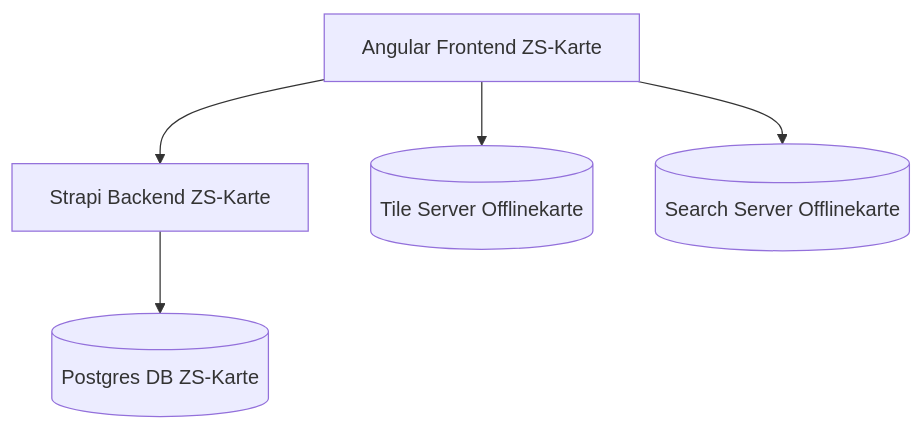
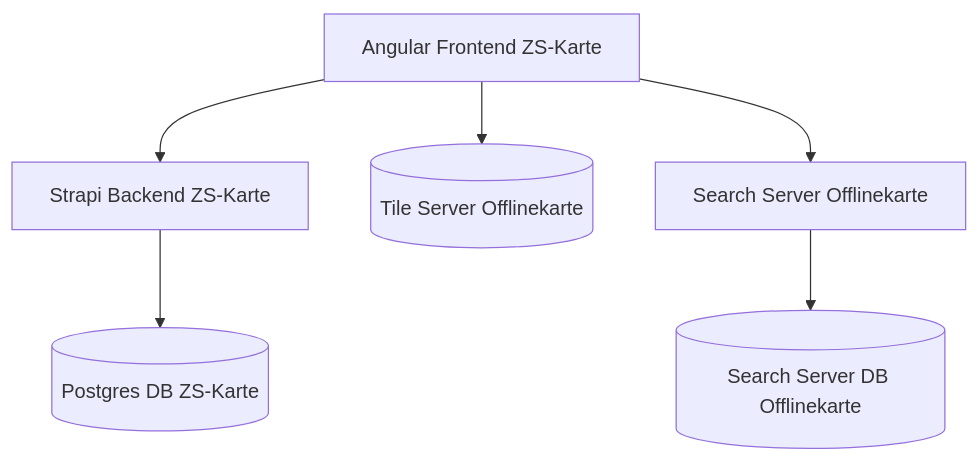
Before and after one commit to zso-freiamt-it/offlinekarte: the diagram in docs/Documentation.md, drawn with Mermaid. The commit also changed other lines of this file, not shown here.

````diff
--- a/docs/Documentation.md
+++ b/docs/Documentation.md
@@ -6,7 +6,8 @@
 ```mermaid
 graph TD;
     A[Angular Frontend ZS-Karte] --> B[Strapi Backend ZS-Karte];
     B-->E[(Postgres DB ZS-Karte)]
     A-->C[(Tile Server Offlinekarte)];
-    A-->D[(Search Server Offlinekarte)];
+    A-->D[Search Server Offlinekarte];
+    D-->F[(Search Server DB Offlinekarte)];
 ```
````
